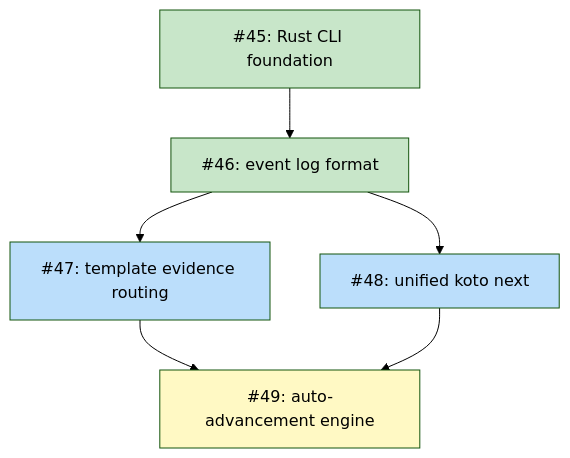
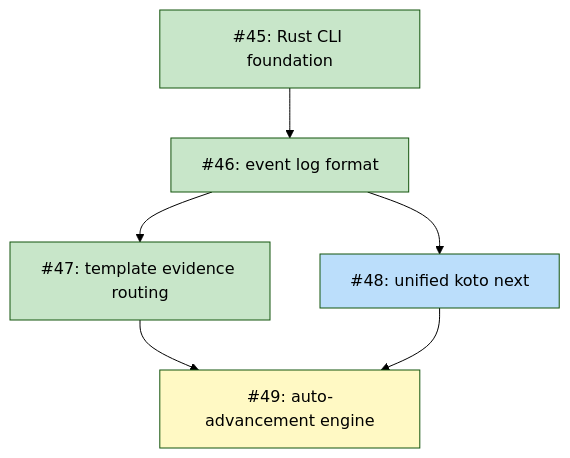
One commit to tsukumogami/koto changed the diagram in docs/plans/PLAN-unified-koto-next.md. Above: the diagram before and after it, drawn with Mermaid (forest theme). The commit also changed 2 other files, not shown here.

Commit message:
docs: finalize template evidence routing artifacts
Move DESIGN-template-evidence-routing.md to docs/designs/current/ (status:
Current). Mark PLAN-template-evidence-routing.md as Done with all acceptance
criteria checked. Update PLAN-unified-koto-next.md dependency graph to
reflect #47 completion.

````diff
--- a/docs/plans/PLAN-unified-koto-next.md
+++ b/docs/plans/PLAN-unified-koto-next.md
@@ -49,28 +49,28 @@
 ```mermaid
 graph TD
     I45["#45: Rust CLI foundation"]
     I46["#46: event log format"]
     I47["#47: template evidence routing"]
     I48["#48: unified koto next"]
     I49["#49: auto-advancement engine"]
 
     I45 --> I46
     I46 --> I47
     I46 --> I48
     I47 --> I49
     I48 --> I49
 
     classDef done fill:#c8e6c9
     classDef ready fill:#bbdefb
     classDef blocked fill:#fff9c4
     classDef needsDesign fill:#e1bee7
     classDef needsPrd fill:#b3e5fc
     classDef needsSpike fill:#ffcdd2
     classDef needsDecision fill:#d1c4e9
     classDef tracksDesign fill:#FFE0B2,stroke:#F57C00,color:#000
     classDef tracksPlan fill:#FFE0B2,stroke:#F57C00,color:#000
 
-    class I45,I46 done
-    class I47,I48 ready
+    class I45,I46,I47 done
+    class I48 ready
     class I49 blocked
 ```
````
